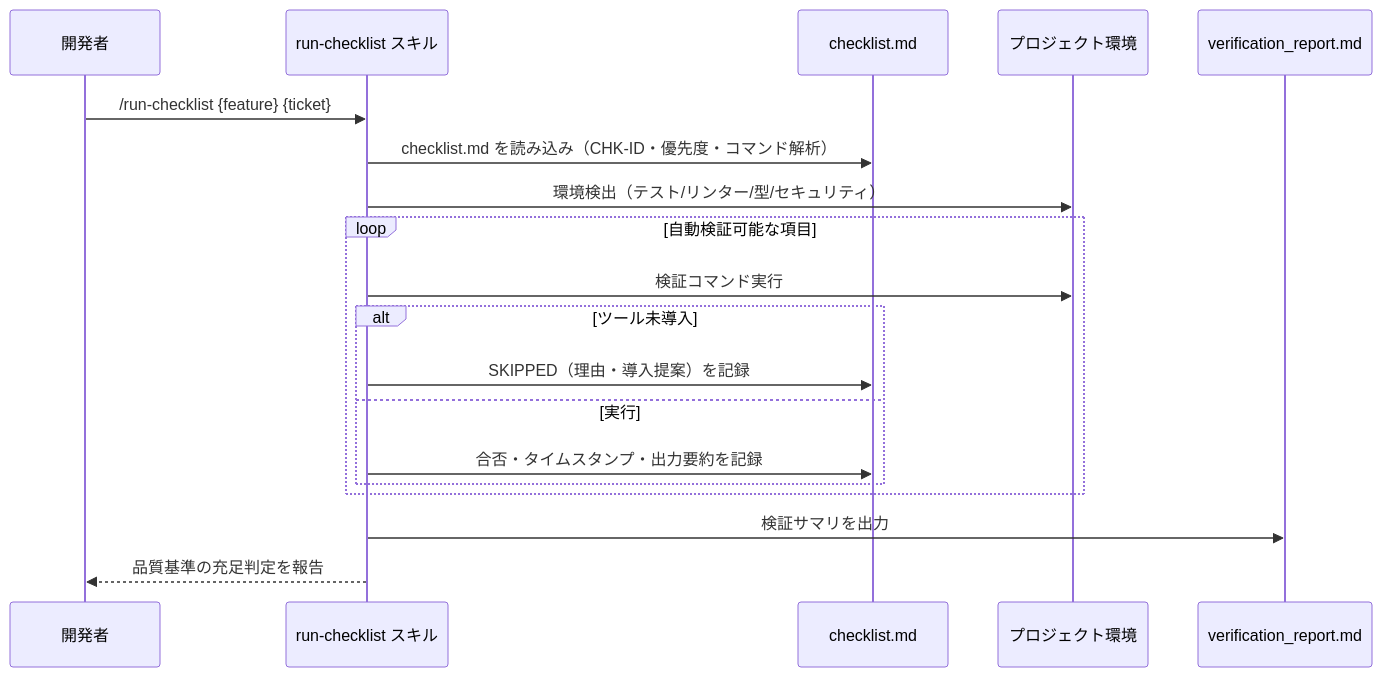
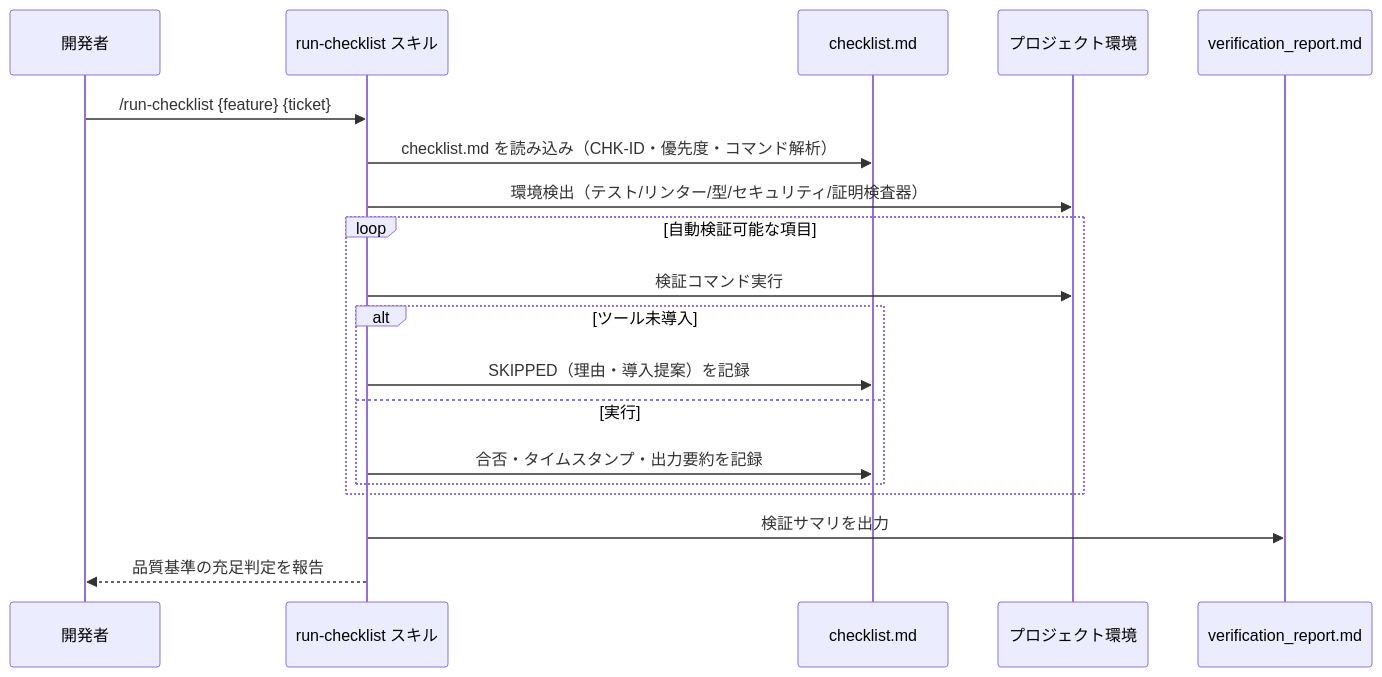
Before and after one commit to ToshikiImagawa/ai-sdd-workflow-dev: the diagram in .sdd/specification/task-implementation/run-checklist_spec.md, drawn with Mermaid. The commit also changed other lines of this file and 9 other files, not shown here.

````diff
--- a/.sdd/specification/task-implementation/run-checklist_spec.md
+++ b/.sdd/specification/task-implementation/run-checklist_spec.md
@@ -118,22 +123,22 @@
 ```mermaid
 sequenceDiagram
     participant User as 開発者
     participant Skill as run-checklist スキル
     participant CL as checklist.md
     participant Env as プロジェクト環境
     participant Rep as verification_report.md
 
     User ->> Skill: /run-checklist {feature} {ticket}
     Skill ->> CL: checklist.md を読み込み（CHK-ID・優先度・コマンド解析）
-    Skill ->> Env: 環境検出（テスト/リンター/型/セキュリティ）
+    Skill ->> Env: 環境検出（テスト/リンター/型/セキュリティ/証明検査器）
     loop 自動検証可能な項目
         Skill ->> Env: 検証コマンド実行
         alt ツール未導入
             Skill ->> CL: SKIPPED（理由・導入提案）を記録
         else 実行
             Skill ->> CL: 合否・タイムスタンプ・出力要約を記録
         end
     end
     Skill ->> Rep: 検証サマリを出力
     Skill -->> User: 品質基準の充足判定を報告
 ```
````
